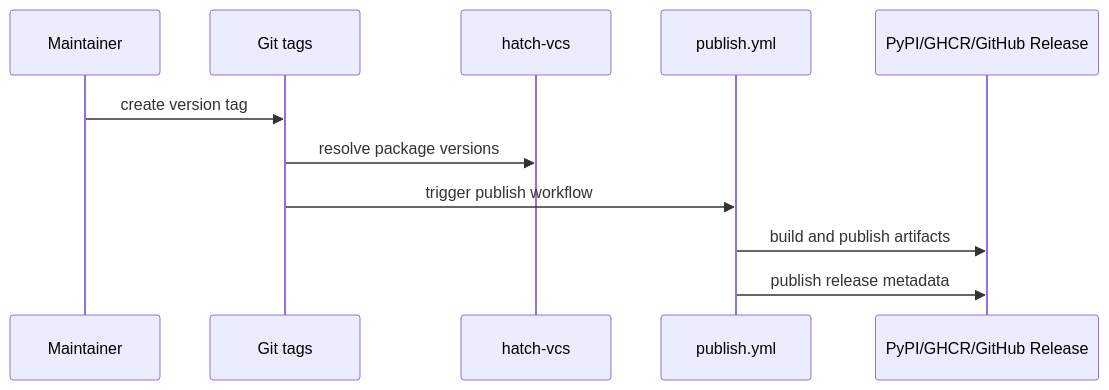
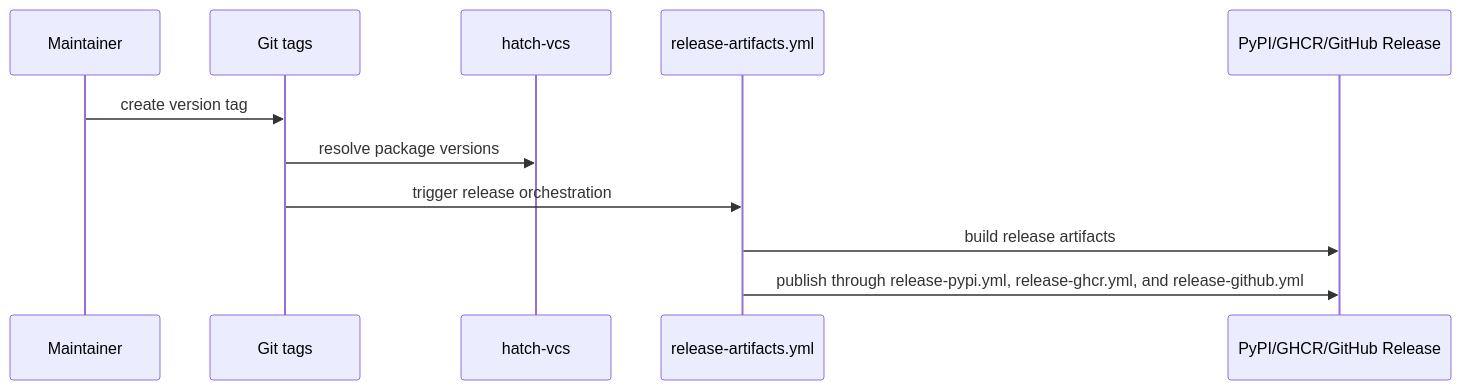
The diagram in docs/bijux-proteomics/operations/release-and-versioning.md (bijux/bijux-proteomics), drawn with Mermaid before and after one commit. The commit also changed other lines of this file and 22 other files, not shown here.

Commit message:
docs(release): replace legacy publish workflow references

````diff
--- a/docs/bijux-proteomics/operations/release-and-versioning.md
+++ b/docs/bijux-proteomics/operations/release-and-versioning.md
@@ -17,14 +17,14 @@
 ```mermaid
 sequenceDiagram
     participant Dev as Maintainer
     participant Git as Git tags
     participant Hatch as hatch-vcs
-    participant CI as publish.yml
+    participant CI as release-artifacts.yml
     participant Targets as PyPI/GHCR/GitHub Release
 
     Dev->>Git: create version tag
     Git->>Hatch: resolve package versions
-    Git->>CI: trigger publish workflow
-    CI->>Targets: build and publish artifacts
-    CI->>Targets: publish release metadata
+    Git->>CI: trigger release orchestration
+    CI->>Targets: build release artifacts
+    CI->>Targets: publish through release-pypi.yml, release-ghcr.yml, and release-github.yml
 ```
````
